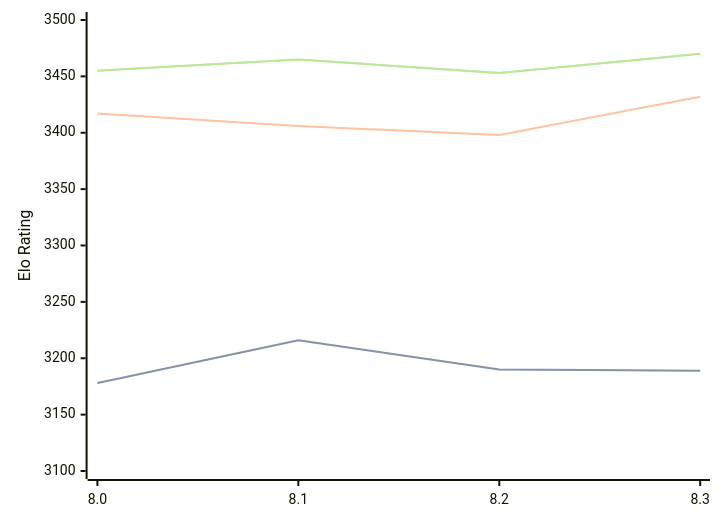
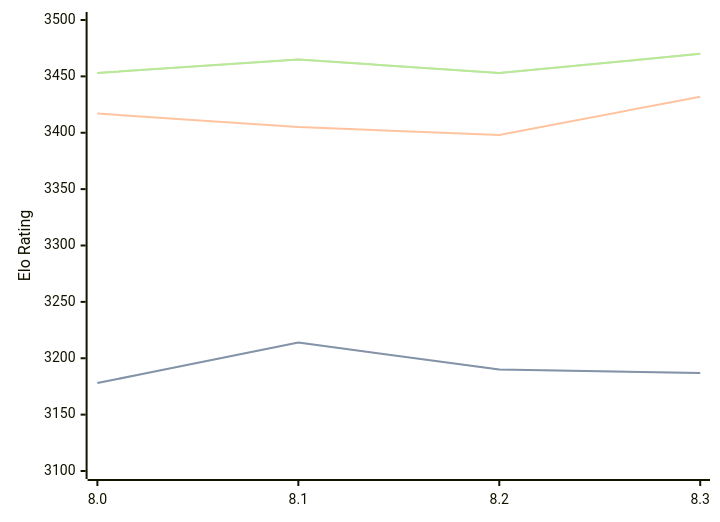
Before and after one commit to computer-chess-index/cci: the diagram in engines/Alexander.md, drawn with Mermaid. The commit also changed other lines of this file, not shown here.

Commit message:
Update CCI Ratings (ELO VLTC) - 2026-04-20

````diff
--- a/engines/Alexander.md
+++ b/engines/Alexander.md
@@ -48,11 +48,11 @@
 ```mermaid
 %%{init: {"theme":"base","themeVariables":{"seriesColors:['#a3a3a3','#222221','#faa371']}}}%%
 xychart-beta
   x-axis ["8.0", "8.1", "8.2", "8.3"]
   y-axis "Elo Rating" 3100 --> 3500
-  line "STC (8.0+0.08s)" [3178, 3216, 3190, 3189]
-  line "STC (8.0+0.08s)" [3178, 3216, 3190, 3189]
-  line "LTC (60.0+0.60s)" [3417, 3406, 3398, 3432]
-  line "VLTC (2m24s+1.12s)" [3455, 3465, 3453, 3470]
-  line "VLTC (2m24s+1.12s)" [3455, 3465, 3453, 3470]
+  line "STC (8.0+0.08s)" [3178, 3214, 3190, 3187]
+  line "STC (8.0+0.08s)" [3178, 3214, 3190, 3187]
+  line "LTC (60.0+0.60s)" [3417, 3405, 3398, 3432]
+  line "VLTC (2m24s+1.12s)" [3453, 3465, 3453, 3470]
+  line "VLTC (2m24s+1.12s)" [3453, 3465, 3453, 3470]
 ```
````
